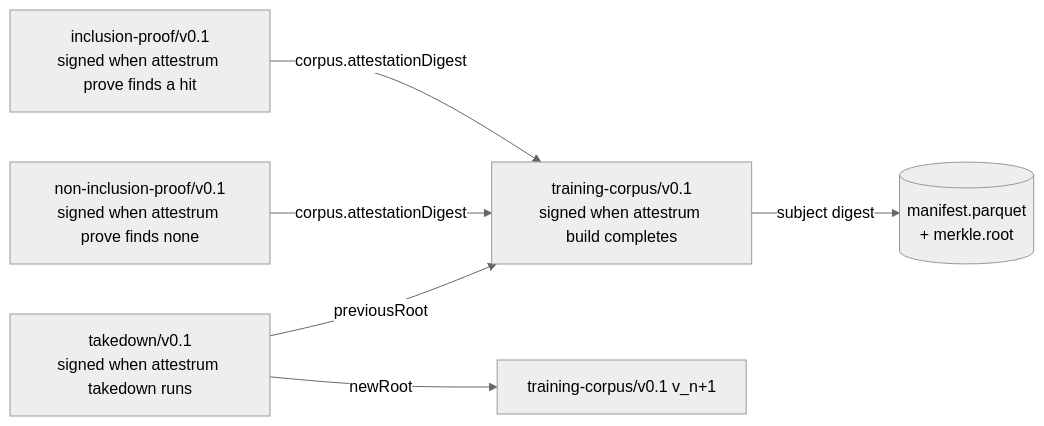
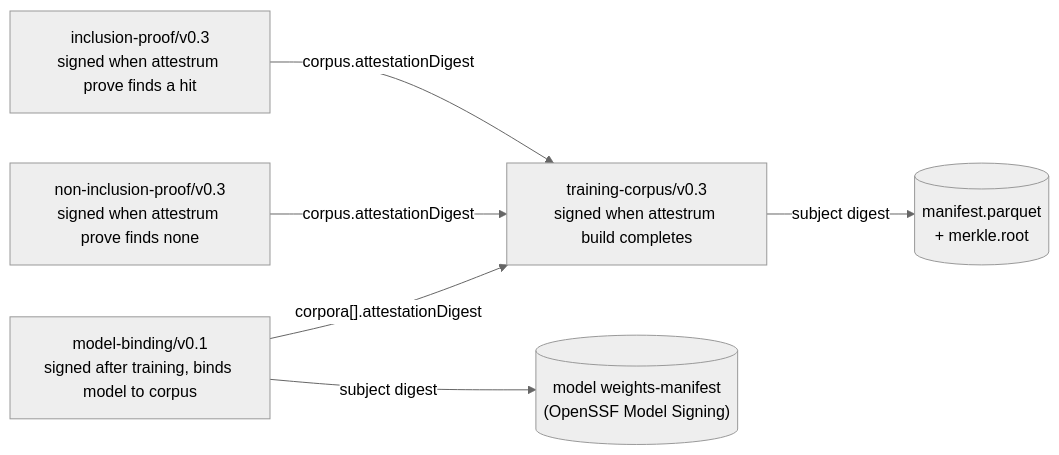
Before and after one commit to Attestrum/Attestrum: the diagram in docs/diagrams/attestations/predicate-relationships.md, drawn with Mermaid (neutral theme). The commit also changed other lines of this file and 1 other file, not shown here.

````diff
--- a/docs/diagrams/attestations/predicate-relationships.md
+++ b/docs/diagrams/attestations/predicate-relationships.md
@@ -17,8 +19,8 @@
 ```mermaid
 flowchart LR
-  TC[training-corpus/v0.1<br/>signed when attestrum build completes] -- subject digest --> M[(manifest.parquet<br/>+ merkle.root)]
-  IP[inclusion-proof/v0.1<br/>signed when attestrum prove finds a hit] -- corpus.attestationDigest --> TC
-  NIP[non-inclusion-proof/v0.1<br/>signed when attestrum prove finds none] -- corpus.attestationDigest --> TC
-  TD[takedown/v0.1<br/>signed when attestrum takedown runs] -- previousRoot --> TC
-  TD -- newRoot --> TC2[training-corpus/v0.1 v_n+1]
+  TC["training-corpus/v0.3<br/>signed when attestrum build completes"] -- "subject digest" --> M[("manifest.parquet<br/>+ merkle.root")]
+  IP["inclusion-proof/v0.3<br/>signed when attestrum prove finds a hit"] -- "corpus.attestationDigest" --> TC
+  NIP["non-inclusion-proof/v0.3<br/>signed when attestrum prove finds none"] -- "corpus.attestationDigest" --> TC
+  MB["model-binding/v0.1<br/>signed after training, binds model to corpus"] -- "corpora[].attestationDigest" --> TC
+  MB -- "subject digest" --> MDL[("model weights-manifest<br/>(OpenSSF Model Signing)")]
 ```
````
